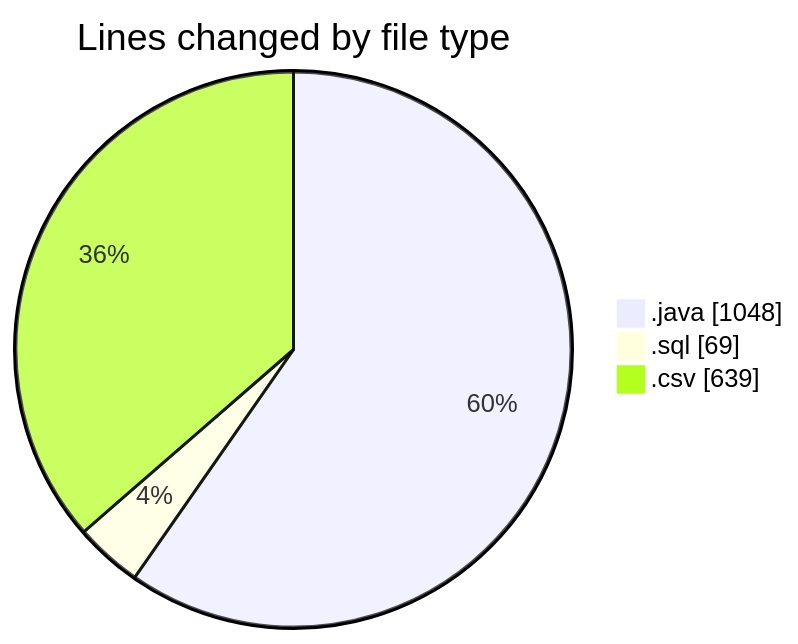
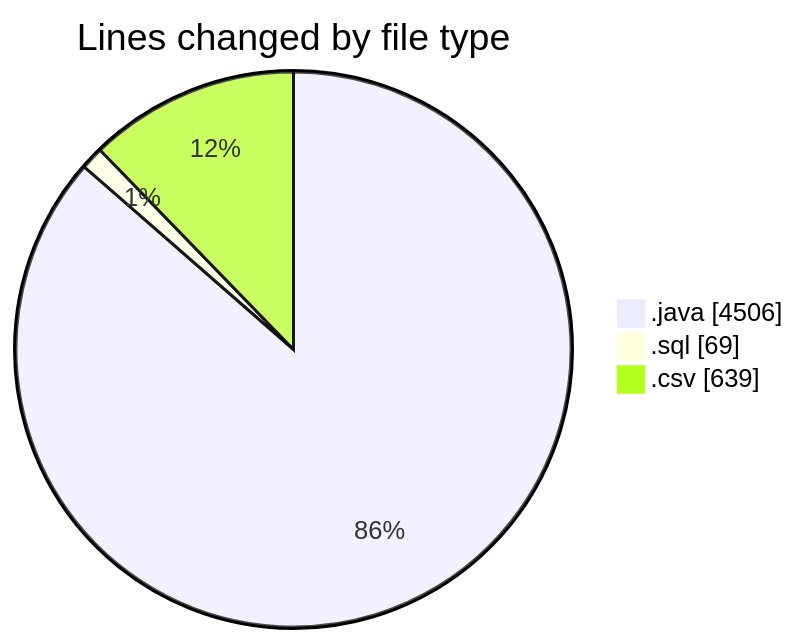
The first of 2 diagrams in 2026-05-28/cilapp/README.md (ricardozamudiocil/code-tracking), drawn with Mermaid before and after one commit. The commit also changed other lines of this file and 1 other file, not shown here.

````diff
--- a/2026-05-28/cilapp/README.md
+++ b/2026-05-28/cilapp/README.md
@@ -22,7 +24,7 @@
 ```mermaid
 pie showData
 title Lines changed by file type
-".java" : 1048
+".java" : 4506
 ".sql" : 69
 ".csv" : 639
 ```
````
